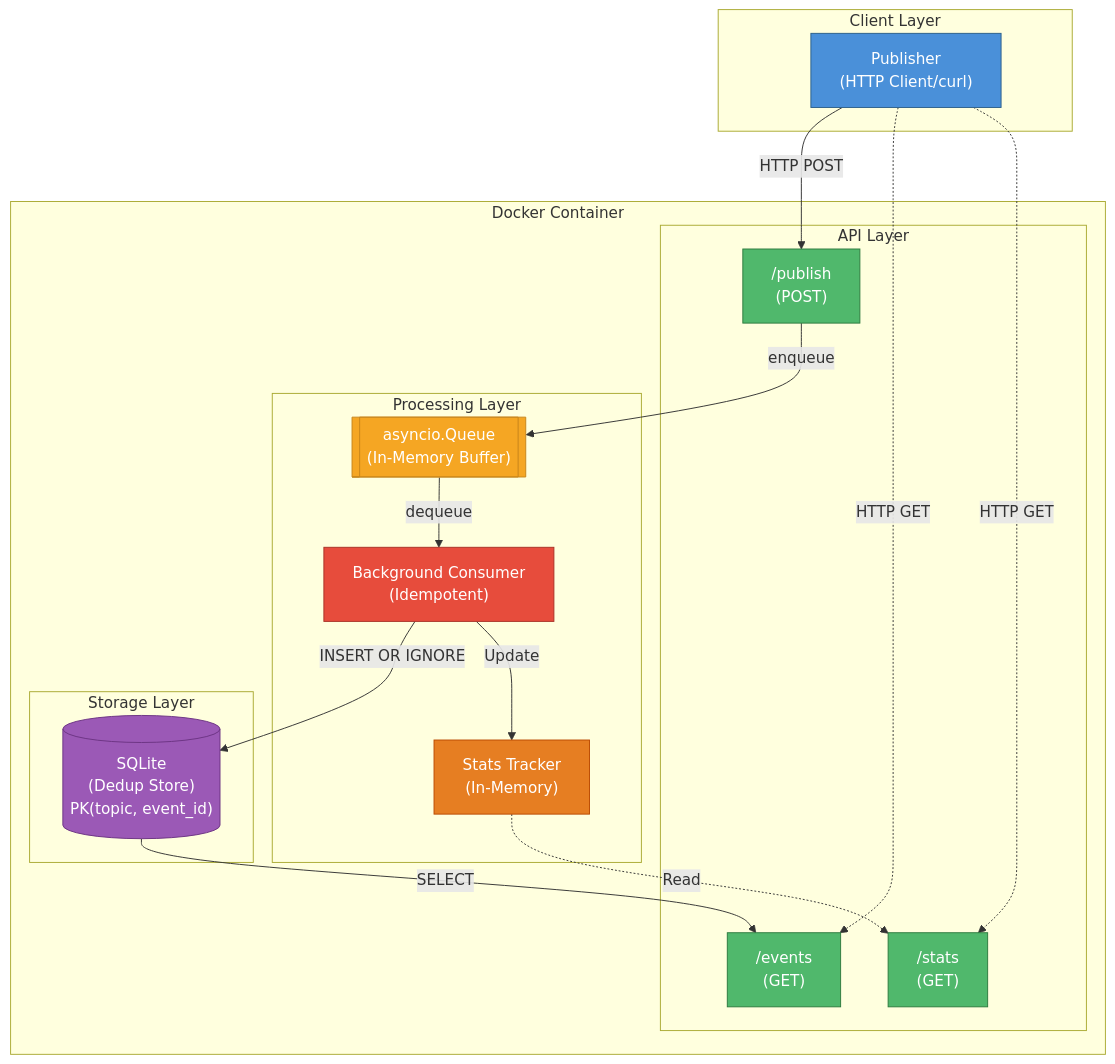
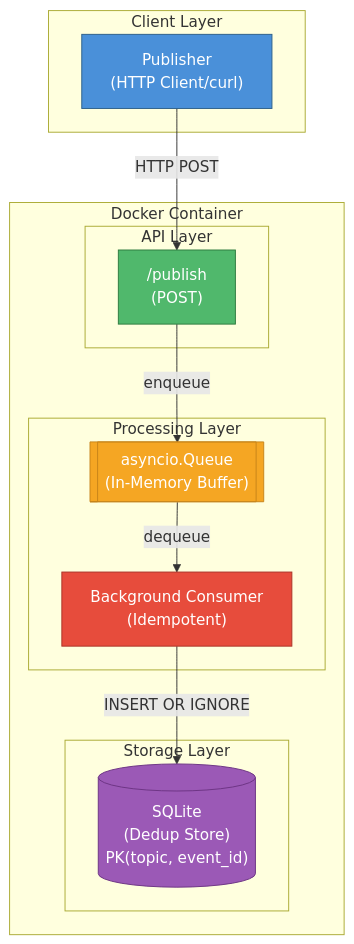
One commit to user312982/pub-sub changed the diagram in report.md. Above: the diagram before and after it, drawn with Mermaid.

Commit message:
docs: remove event and stats tracking components from system architecture diagram

````diff
--- a/report.md
+++ b/report.md
@@ -19,46 +19,32 @@
 ```mermaid
 graph TB
     subgraph Client_Layer["Client Layer"]
         PUB["Publisher<br/>(HTTP Client/curl)"]
     end
 
     subgraph Docker_Container["Docker Container"]
         subgraph API_Layer["API Layer"]
             POST["/publish<br/>(POST)"]
-            GET_EV["/events<br/>(GET)"]
-            GET_ST["/stats<br/>(GET)"]
         end
 
         subgraph Processing_Layer["Processing Layer"]
             QUEUE[["asyncio.Queue<br/>(In-Memory Buffer)"]]
             WORKER["Background Consumer<br/>(Idempotent)"]
-            STATS["Stats Tracker<br/>(In-Memory)"]
         end
 
         subgraph Storage_Layer["Storage Layer"]
             DB[("SQLite<br/>(Dedup Store)<br/>PK(topic, event_id)")]
         end
     end
 
     PUB -->|"HTTP POST"| POST
-    PUB -.->|"HTTP GET"| GET_EV
-    PUB -.->|"HTTP GET"| GET_ST
-
     POST -->|"enqueue"| QUEUE
     QUEUE -->|"dequeue"| WORKER
-
     WORKER -->|"INSERT OR IGNORE"| DB
-    WORKER -->|"Update"| STATS
-
-    DB -->|"SELECT"| GET_EV
-    STATS -.->|"Read"| GET_ST
 
     style PUB fill:#4a90d9,stroke:#2c5f8a,color:#fff
     style POST fill:#50b86c,stroke:#2d7a3e,color:#fff
-    style GET_EV fill:#50b86c,stroke:#2d7a3e,color:#fff
-    style GET_ST fill:#50b86c,stroke:#2d7a3e,color:#fff
     style QUEUE fill:#f5a623,stroke:#c7841a,color:#fff
     style WORKER fill:#e74c3c,stroke:#a93226,color:#fff
-    style STATS fill:#e67e22,stroke:#ba4a00,color:#fff
     style DB fill:#9b59b6,stroke:#6c3483,color:#fff
 ```
````
